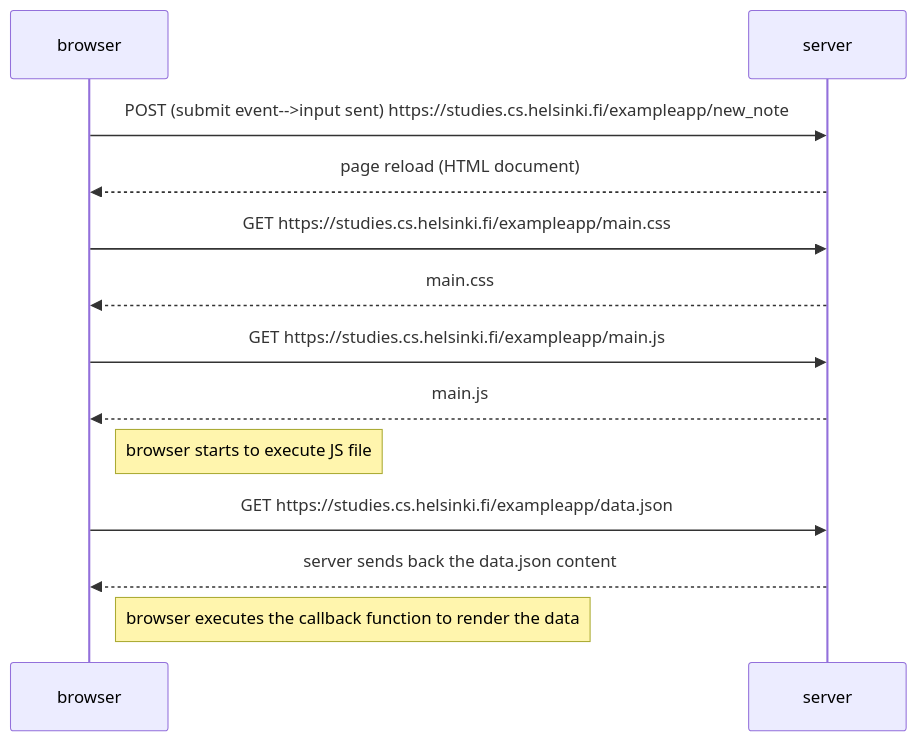
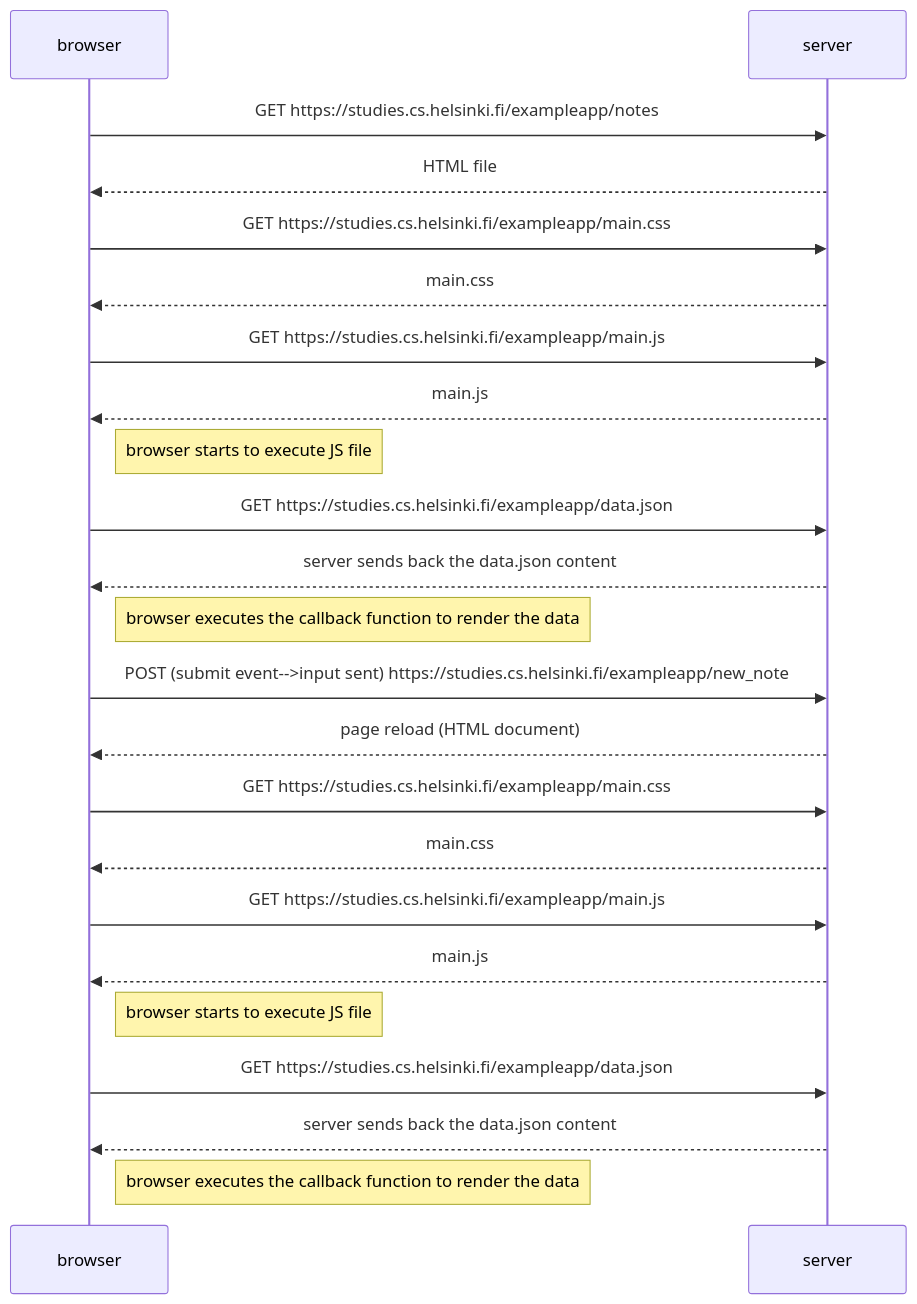
One commit to adragun/fullstackopen changed the diagram in part00/new-note-diagram.md. Above: the diagram before and after it, drawn with Mermaid.

````diff
--- a/part00/new-note-diagram.md
+++ b/part00/new-note-diagram.md
@@ -1,22 +1,39 @@
 ```mermaid
-  sequenceDiagram
-      participant browser
-      participant server
-      
-      browser->>server: POST (submit event-->input sent) https://studies.cs.helsinki.fi/exampleapp/new_note
-      server-->>browser: page reload (HTML document)
-      
-      browser->>server: GET https://studies.cs.helsinki.fi/exampleapp/main.css
-      server-->>browser: main.css
-  
-      browser->>server: GET https://studies.cs.helsinki.fi/exampleapp/main.js
-      server-->>browser: main.js
-  
-      Note right of browser: browser starts to execute JS file
-  
-      browser->>server: GET https://studies.cs.helsinki.fi/exampleapp/data.json
-      server-->>browser: server sends back the data.json content
-  
-      Note right of browser: browser executes the callback function to render the data
+sequenceDiagram
+    participant browser
+    participant server
+
+    browser->>server: GET https://studies.cs.helsinki.fi/exampleapp/notes
+    server-->>browser: HTML file
+
+    browser->>server: GET https://studies.cs.helsinki.fi/exampleapp/main.css
+    server-->>browser: main.css
+
+    browser->>server: GET https://studies.cs.helsinki.fi/exampleapp/main.js
+    server-->>browser: main.js
+
+    Note right of browser: browser starts to execute JS file
+
+    browser->>server: GET https://studies.cs.helsinki.fi/exampleapp/data.json
+    server-->>browser: server sends back the data.json content
+
+    Note right of browser: browser executes the callback function to render the data    
+    
+    browser->>server: POST (submit event-->input sent) https://studies.cs.helsinki.fi/exampleapp/new_note
+    server-->>browser: page reload (HTML document)
+    
+    browser->>server: GET https://studies.cs.helsinki.fi/exampleapp/main.css
+    server-->>browser: main.css
+
+    browser->>server: GET https://studies.cs.helsinki.fi/exampleapp/main.js
+    server-->>browser: main.js
+
+    Note right of browser: browser starts to execute JS file
+
+    browser->>server: GET https://studies.cs.helsinki.fi/exampleapp/data.json
+    server-->>browser: server sends back the data.json content
+
+    Note right of browser: browser executes the callback function to render the data
+
 
 ```
````
